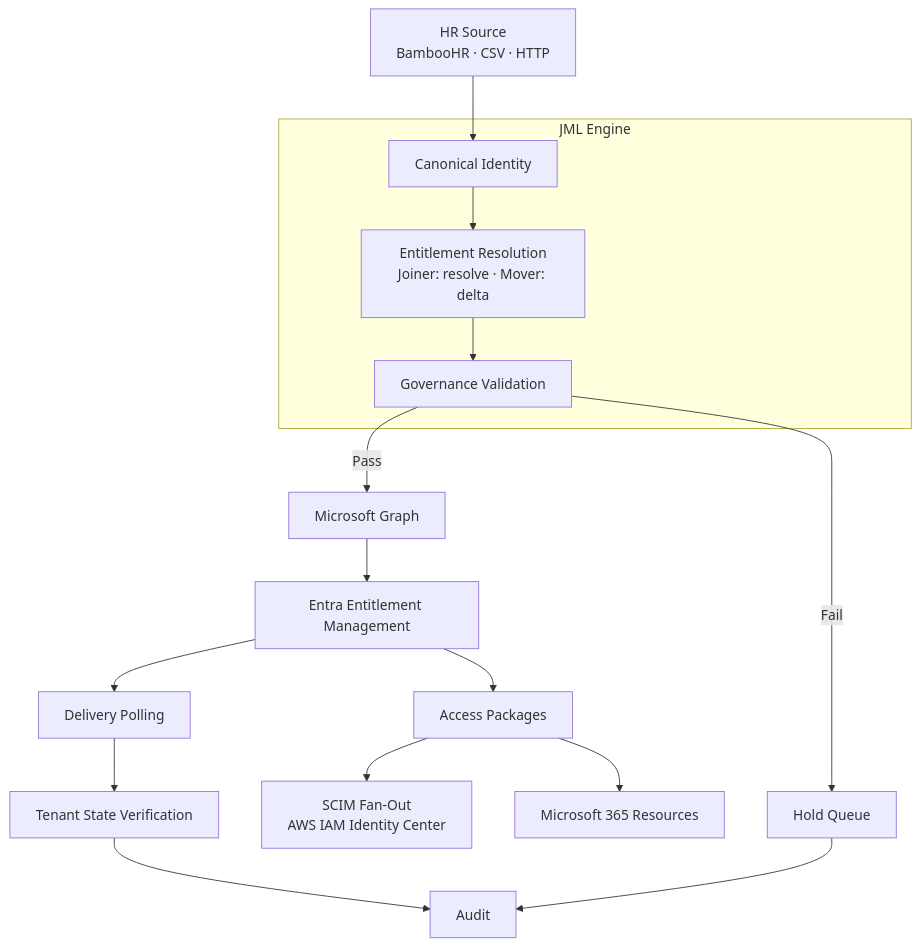
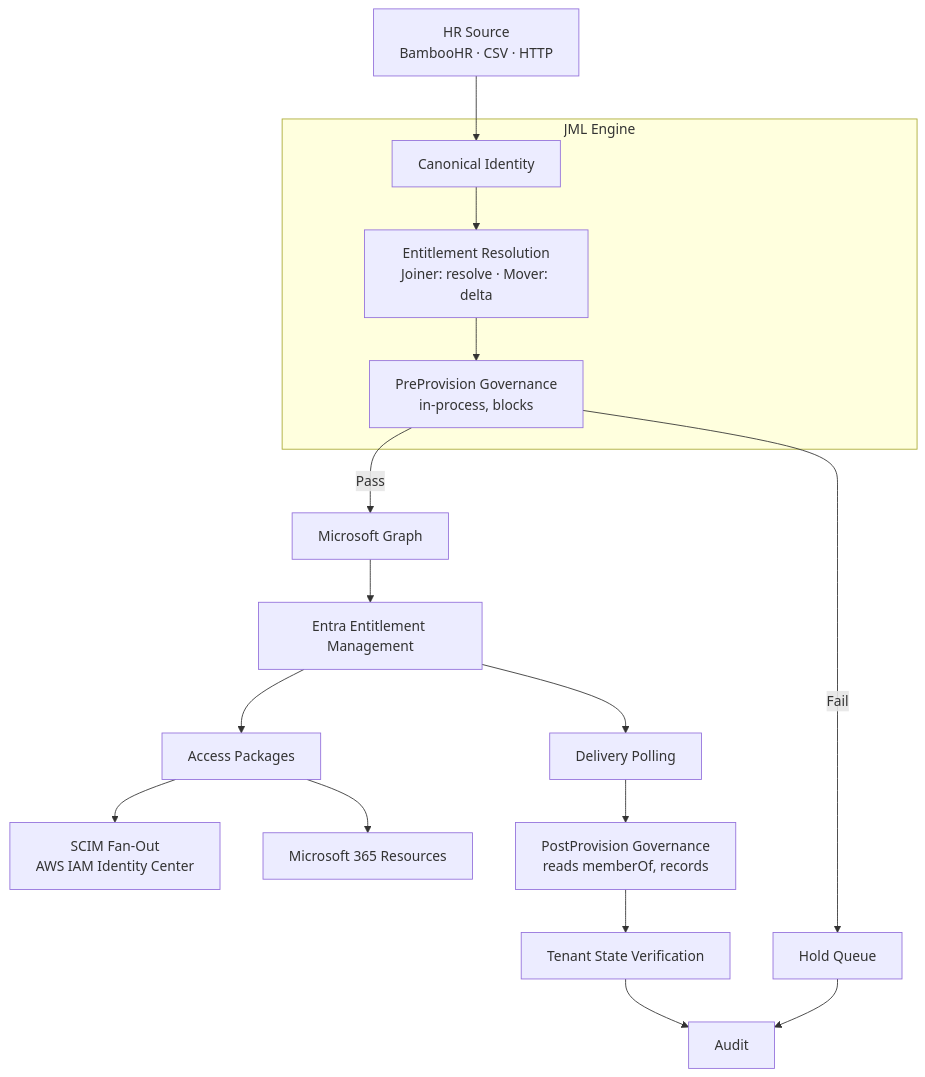
One commit to donhenzo/JML-EnigneV2 changed the fifth of 5 diagrams in READme.md. Above: the diagram before and after it, drawn with Mermaid. The commit also changed other lines of this file and 6 other files, not shown here.

````diff
--- a/READme.md
+++ b/READme.md
@@ -134,26 +135,27 @@
 ```mermaid
 flowchart TD
     HR["HR Source<br/>BambooHR · CSV · HTTP"]
 
     subgraph ENGINE["JML Engine"]
         CI["Canonical Identity"]
         ER["Entitlement Resolution<br/>Joiner: resolve · Mover: delta"]
-        GV["Governance Validation"]
-        CI --> ER --> GV
+        PRE["PreProvision Governance<br/>in-process, blocks"]
+        CI --> ER --> PRE
     end
 
     HR --> CI
-    GV -->|Pass| MG["Microsoft Graph"]
-    GV -->|Fail| HOLD["Hold Queue"]
+    PRE -->|Pass| MG["Microsoft Graph"]
+    PRE -->|Fail| HOLD["Hold Queue"]
 
     MG --> EM["Entra Entitlement Management"]
     EM --> AP["Access Packages"]
 
     AP --> SCIM["SCIM Fan-Out<br/>AWS IAM Identity Center"]
     AP --> M365["Microsoft 365 Resources"]
 
     EM --> POLL["Delivery Polling"]
-    POLL --> VERIFY["Tenant State Verification"]
+    POLL --> POST["PostProvision Governance<br/>reads memberOf, records"]
+    POST --> VERIFY["Tenant State Verification"]
     VERIFY --> AUDIT["Audit"]
     HOLD --> AUDIT
 ```
````
